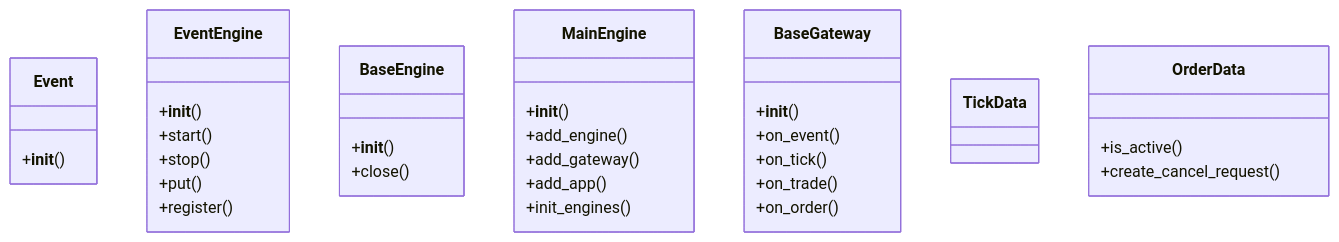
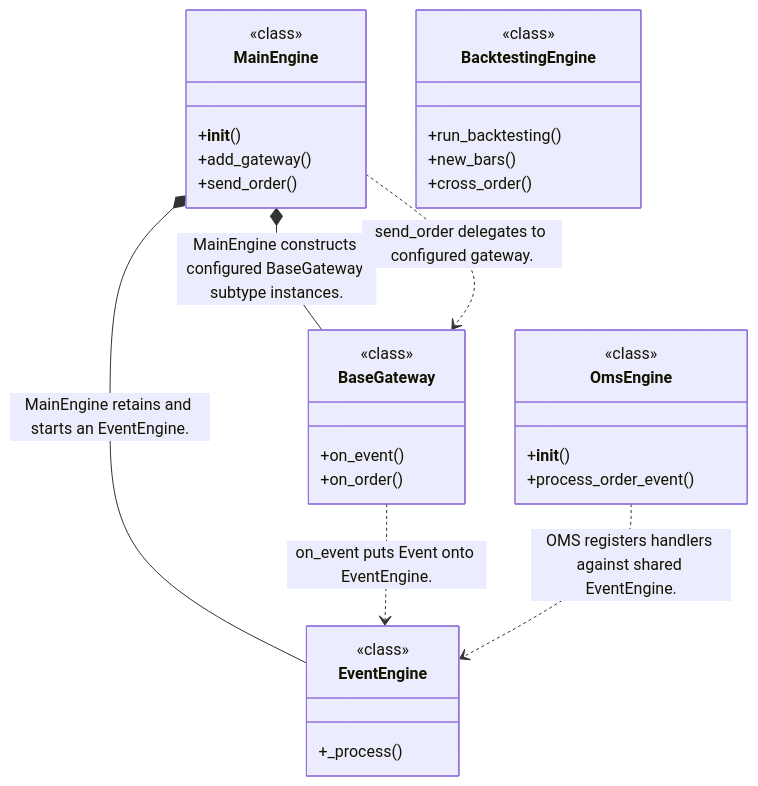
One commit to alexcwyu/vnpy changed the second of 4 diagrams in docs/ayu-develop.md. Above: the diagram before and after it, drawn with Mermaid. The commit also changed other lines of this file and 13 other files, not shown here.

Commit message:
docs: standardize source-reviewed system guides and offline diagrams

````diff
--- a/docs/ayu-develop.md
+++ b/docs/ayu-develop.md
@@ -83,37 +92,34 @@
 ```mermaid
 classDiagram
-    class Event {
-        +__init__()
-    }
-    class EventEngine {
-        +__init__()
-        +start()
-        +stop()
-        +put()
-        +register()
-    }
-    class BaseEngine {
-        +__init__()
-        +close()
-    }
-    class MainEngine {
-        +__init__()
-        +add_engine()
-        +add_gateway()
-        +add_app()
-        +init_engines()
-    }
-    class BaseGateway {
-        +__init__()
-        +on_event()
-        +on_tick()
-        +on_trade()
-        +on_order()
-    }
-    class TickData {
-    }
-    class OrderData {
-        +is_active()
-        +create_cancel_request()
-    }
+  class N0["MainEngine"] {
+    <<class>>
+    +__init__()
+    +add_gateway()
+    +send_order()
+  }
+  class N1["EventEngine"] {
+    <<class>>
+    +_process()
+  }
+  class N2["OmsEngine"] {
+    <<class>>
+    +__init__()
+    +process_order_event()
+  }
+  class N3["BaseGateway"] {
+    <<class>>
+    +on_event()
+    +on_order()
+  }
+  class N4["BacktestingEngine"] {
+    <<class>>
+    +run_backtesting()
+    +new_bars()
+    +cross_order()
+  }
+  N0 *-- N1 : MainEngine retains and starts an EventEngine.
+  N0 *-- N3 : MainEngine constructs configured BaseGateway subtype instances.
+  N0 ..> N3 : send_order delegates to configured gateway.
+  N3 ..> N1 : on_event puts Event onto EventEngine.
+  N2 ..> N1 : OMS registers handlers against shared EventEngine.
 ```
````
